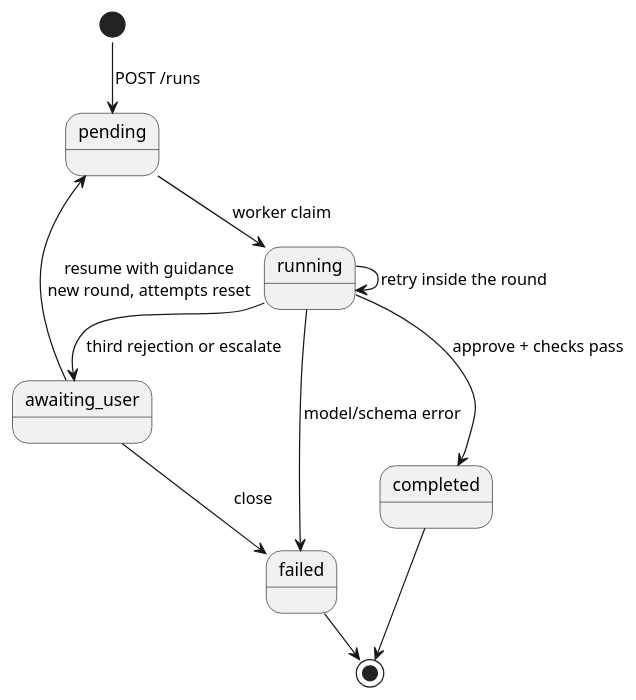
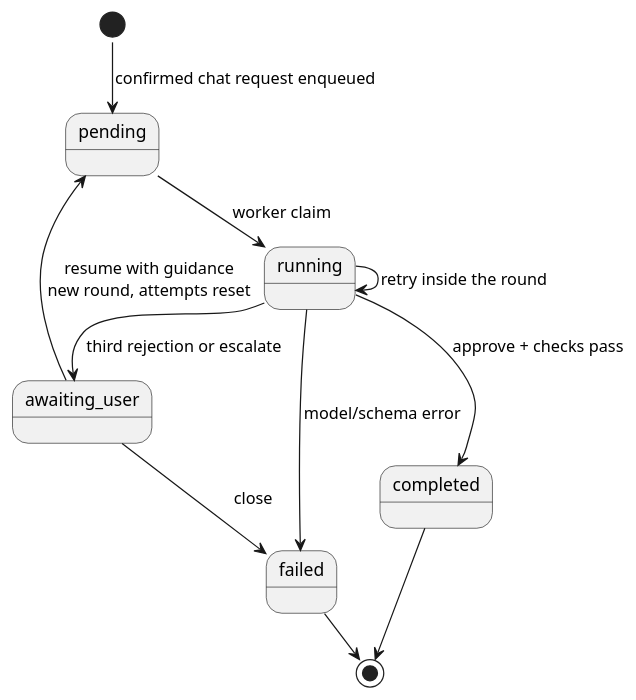
The sixth of 7 diagrams in docs/architecture.md (gdpe-franco/ai-coding-agent-pipeline), drawn with PlantUML before and after one commit. The commit also changed other lines of this file, not shown here.

Commit message:
chore: architecture updated

````diff
--- a/docs/architecture.md
+++ b/docs/architecture.md
@@ -389,17 +437,17 @@
 ```puml
 @startuml
 !pragma layout smetana
 skinparam backgroundColor white
 skinparam shadowing false
-[*] --> pending : POST /runs
+[*] --> pending : confirmed chat request enqueued
 pending --> running : worker claim
 running --> running : retry inside the round
 running --> completed : approve + checks pass
 running --> awaiting_user : third rejection or escalate
 running --> failed : model/schema error
 awaiting_user --> pending : resume with guidance\nnew round, attempts reset
 awaiting_user --> failed : close
 completed --> [*]
 failed --> [*]
 @enduml
 ```
````
